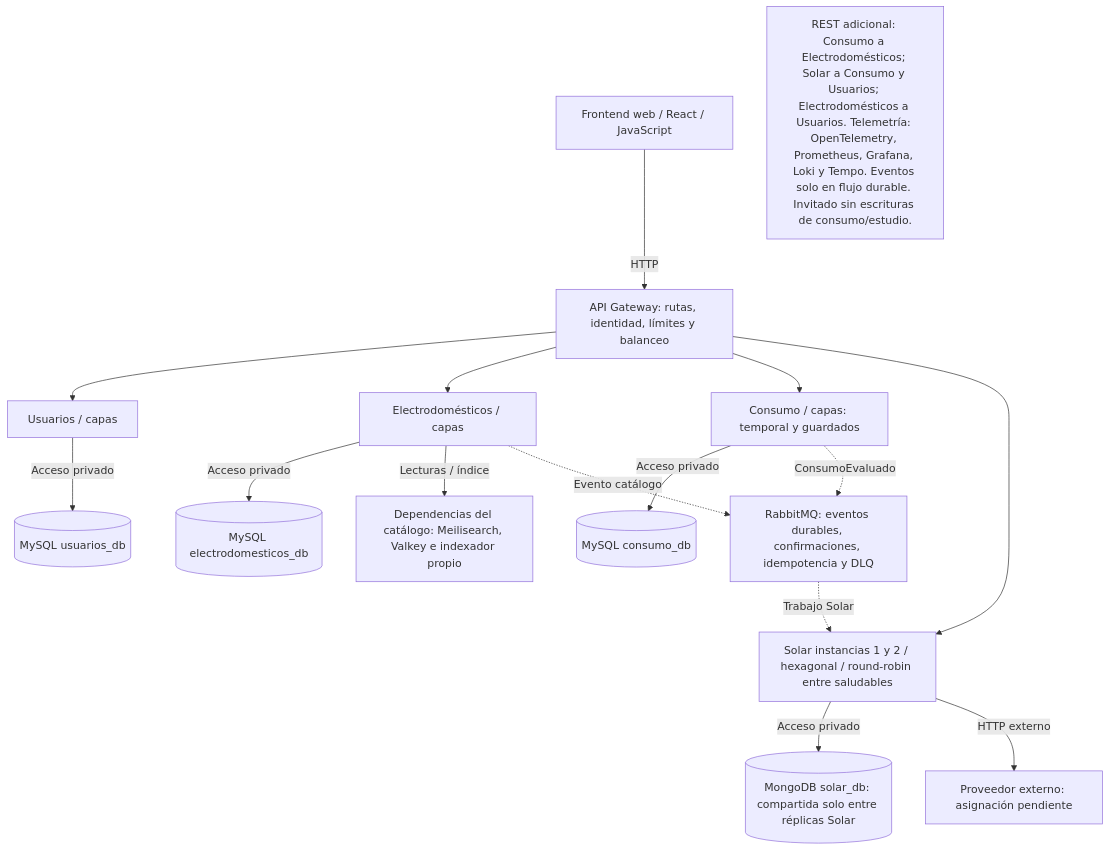
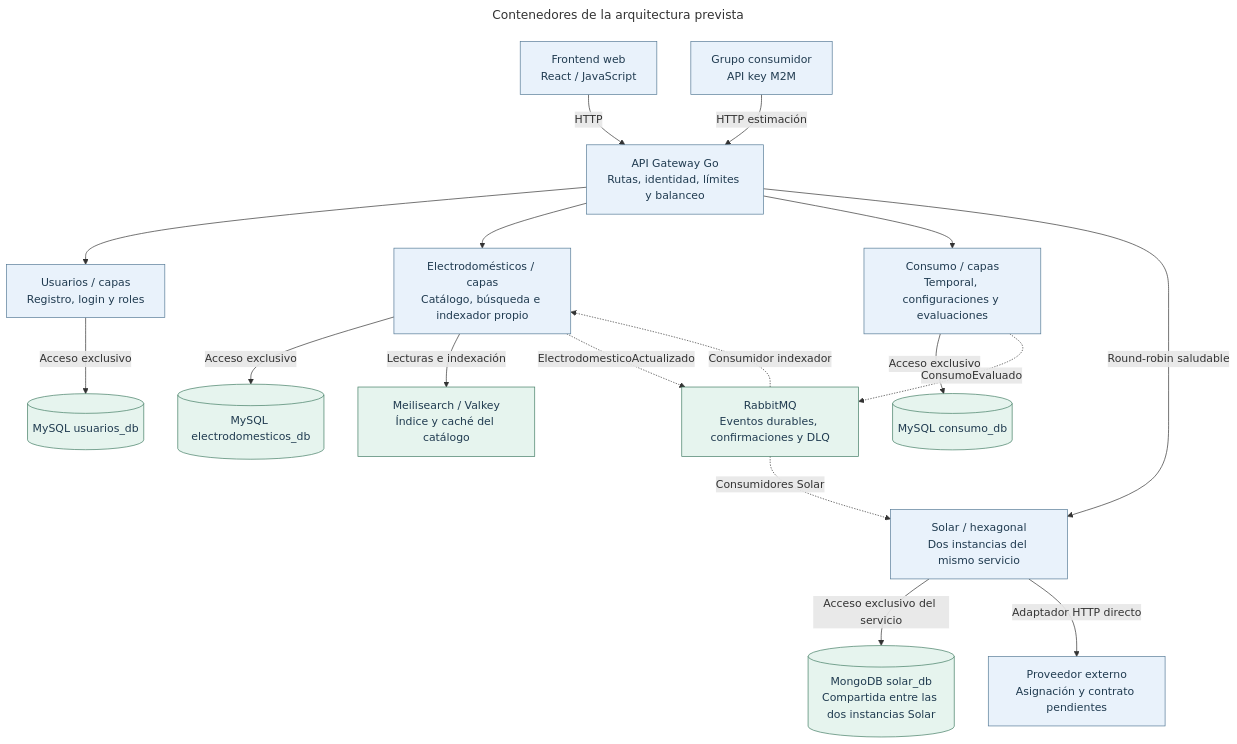
Before and after one commit to Franciscosrrr/ArquitecturasoftwareRenewableEnergyTiziFran: the diagram in docs/diagrams/contenedores.mmd, drawn with Mermaid. The commit also changed 54 other files, not shown here.

```diff
--- a/docs/diagrams/contenedores.mmd
+++ b/docs/diagrams/contenedores.mmd
@@ -1,16 +1,24 @@
+---
+title: Contenedores de la arquitectura prevista
+---
 flowchart TB
- W["Frontend web / React / JavaScript"] -->|HTTP| G["API Gateway: rutas, identidad, límites y balanceo"]
- G --> U["Usuarios / capas"]
- G --> E["Electrodomésticos / capas"]
- G --> C["Consumo / capas: temporal y guardados"]
- G --> S["Solar instancias 1 y 2 / hexagonal / round-robin entre saludables"]
- U -->|Acceso privado| UD[(MySQL usuarios_db)]
- E -->|Acceso privado| ED[(MySQL electrodomesticos_db)]
- C -->|Acceso privado| CD[(MySQL consumo_db)]
- S -->|Acceso privado| SD[(MongoDB solar_db: compartida solo entre réplicas Solar)]
- E -->|Lecturas / índice| D["Dependencias del catálogo: Meilisearch, Valkey e indexador propio"]
- E -. Evento catálogo .-> B["RabbitMQ: eventos durables, confirmaciones, idempotencia y DLQ"]
- C -. ConsumoEvaluado .-> B
- B -. Trabajo Solar .-> S
- S -->|HTTP externo| P["Proveedor externo: asignación pendiente"]
- N["REST adicional: Consumo a Electrodomésticos; Solar a Consumo y Usuarios; Electrodomésticos a Usuarios. Telemetría: OpenTelemetry, Prometheus, Grafana, Loki y Tempo. Eventos solo en flujo durable. Invitado sin escrituras de consumo/estudio."]
+    W["Frontend web<br/>React / JavaScript"] -->|HTTP| G["API Gateway Go<br/>Rutas, identidad, límites y balanceo"]
+    X["Grupo consumidor<br/>API key M2M"] -->|HTTP estimación| G
+    G --> U["Usuarios / capas<br/>Registro, login y roles"]
+    G --> E["Electrodomésticos / capas<br/>Catálogo, búsqueda e indexador propio"]
+    G --> C["Consumo / capas<br/>Temporal, configuraciones y evaluaciones"]
+    G -->|Round-robin saludable| S["Solar / hexagonal<br/>Dos instancias del mismo servicio"]
+    U -->|Acceso exclusivo| UD[("MySQL usuarios_db")]
+    E -->|Acceso exclusivo| ED[("MySQL electrodomesticos_db")]
+    C -->|Acceso exclusivo| CD[("MySQL consumo_db")]
+    S -->|Acceso exclusivo del servicio| SD[("MongoDB solar_db<br/>Compartida entre las dos instancias Solar")]
+    E -->|Lecturas e indexación| D["Meilisearch / Valkey<br/>Índice y caché del catálogo"]
+    E -. ElectrodomesticoActualizado .-> B["RabbitMQ<br/>Eventos durables, confirmaciones y DLQ"]
+    B -. Consumidor indexador .-> E
+    C -. ConsumoEvaluado .-> B
+    B -. Consumidores Solar .-> S
+    S -->|Adaptador HTTP directo| P["Proveedor externo<br/>Asignación y contrato pendientes"]
+    classDef service fill:#e9f2fb,stroke:#557a96,color:#203b50
+    classDef store fill:#e6f4ee,stroke:#417c64,color:#203b50
+    class W,G,U,E,C,S,X,P service
+    class UD,ED,CD,SD,D,B store
```
